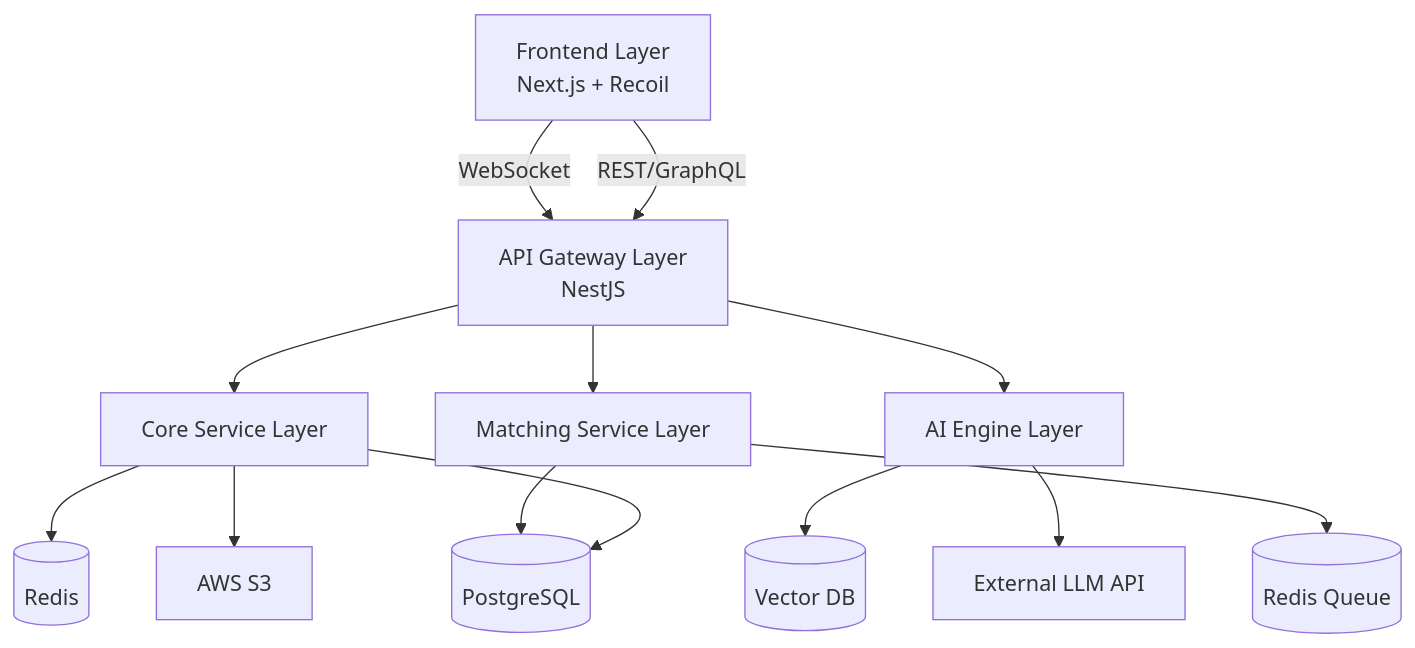
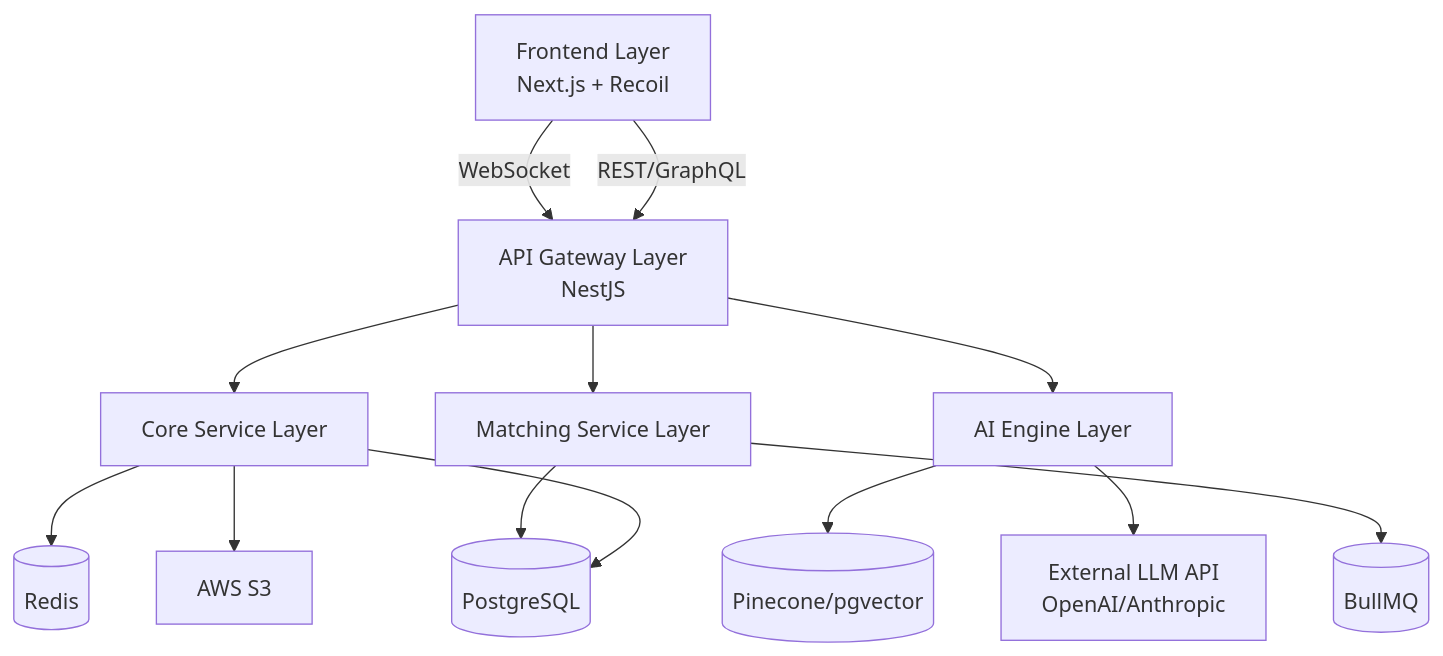
One commit to salieri009/OpusNode changed the diagram in docs/plans/04-architecture/01-System-Architecture.md. Above: the diagram before and after it, drawn with Mermaid. The commit also changed other lines of this file and 29 other files, not shown here.

````diff
--- a/docs/plans/04-architecture/01-System-Architecture.md
+++ b/docs/plans/04-architecture/01-System-Architecture.md
@@ -22,19 +22,19 @@
 ```mermaid
 graph TD
     Client[Frontend Layer\nNext.js + Recoil] -->|REST/GraphQL| Gateway[API Gateway Layer\nNestJS]
     Client -->|WebSocket| Gateway
     
     Gateway --> Core[Core Service Layer]
     Gateway --> AI[AI Engine Layer]
     Gateway --> Match[Matching Service Layer]
     
     Core --> DB[(PostgreSQL)]
     Core --> Cache[(Redis)]
     Core --> S3[AWS S3]
     
-    AI --> VectorDB[(Vector DB)]
-    AI --> LLM[External LLM API]
+    AI --> VectorDB[(Pinecone/pgvector)]
+    AI --> LLM[External LLM API\nOpenAI/Anthropic]
     
-    Match --> RedisQueue[(Redis Queue)]
+    Match --> RedisQueue[(BullMQ)]
     Match --> DB
 ```
````
